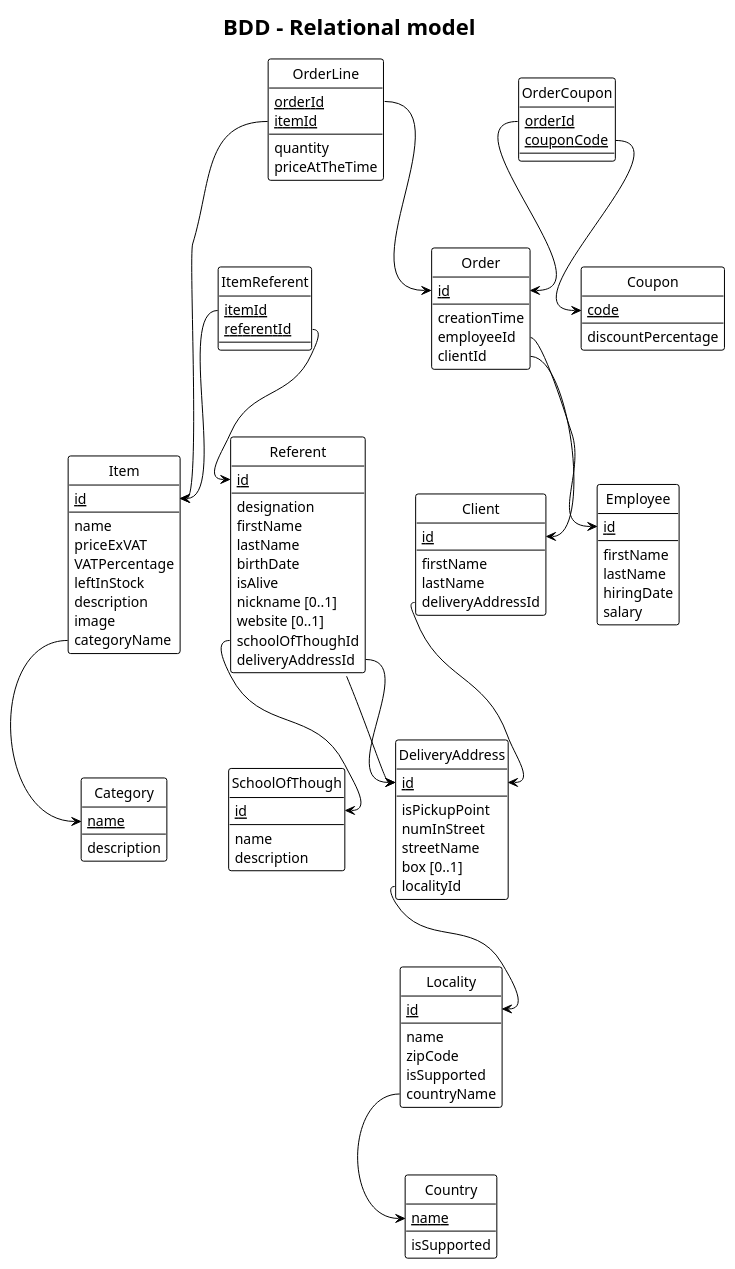
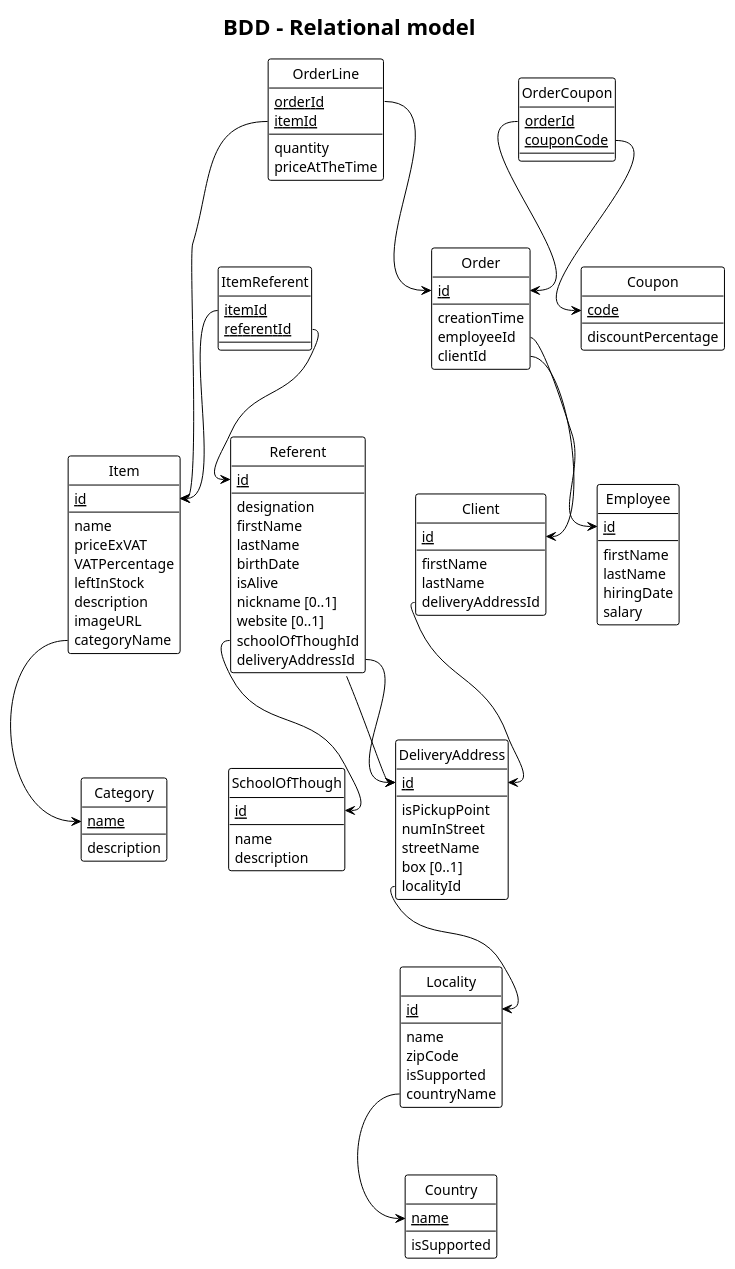
The diagram in puml/relational_DB_model.puml (Keaexe/advanced_POO), drawn with PlantUML before and after one commit. The commit also changed 1 other file, not shown here.

Commit message:
Item.image became Item.imageURL

```diff
--- a/puml/relational_DB_model.puml
+++ b/puml/relational_DB_model.puml
@@ -1,132 +1,132 @@
 @startuml BDD - Relational model
 title BDD - Relational model
 !theme plain
 hide circle
 
 entity Item{
   <u>id</u>
   --
   name
   priceExVAT
   VATPercentage
   leftInStock
   description
-  image
+  imageURL
   categoryName
 }
 entity Category{
   <u>name</u>
   --
   description
 }
 entity Referent{
   <u>id</u>
   --
   designation
   firstName
   lastName
   birthDate
   isAlive 
   nickname [0..1]
   website [0..1]
   schoolOfThoughId
   deliveryAddressId
 }
 entity SchoolOfThough{
   <u>id</u>
   --
   name
   description
 }
 entity Order{
   <u>id</u>
   --
   creationTime
   employeeId
   clientId
 }
 entity Client{
   <u>id</u>
   --
   firstName
   lastName
   deliveryAddressId
 }
 entity OrderLine{
   <u>orderId</u>
   <u>itemId</u>
   --
   quantity
   priceAtTheTime
 }
 
 
 entity Coupon{
   <u>code</u>
   --
   discountPercentage
 }
 
 entity Employee{
   <u>id</u>
   --
   firstName
   lastName
   hiringDate
   salary
 }
 entity Country{
   <u>name</u>
   --
   isSupported 
 }
 entity Locality{
   <u>id</u>
   --
   name
   zipCode
   isSupported 
   countryName
 }
 entity DeliveryAddress{
   <u>id</u>
   --
   isPickupPoint 
   numInStreet
   streetName
   box [0..1]
   localityId
 }
 
 entity OrderCoupon{
   <u>orderId</u>
   <u>couponCode</u>
 }
 entity ItemReferent{
   <u>itemId</u>
   <u>referentId</u>
 }
 
 Item::categoryName --> Category::name
 
 Referent::schoolOfThoughId --> SchoolOfThough::id
 Referent::deliveryAddressId --> DeliveryAddress::id
 
 Order::employeeId --> Employee::id
 Order::clientId --> Client::id
 
 Client::deliveryAddressId --> DeliveryAddress::id
 
 OrderLine::orderId --> Order::id
 OrderLine::itemId --> Item::id
 
 Locality::countryName --> Country::name
 DeliveryAddress::localityId --> Locality::id
 
 OrderCoupon::orderId --> Order::id
 OrderCoupon::couponCode --> Coupon::code
 
 ItemReferent::itemId --> Item::id
 ItemReferent::referentId --> Referent::id
 Referent::address --> DeliveryAddress::id
 @enduml
```
